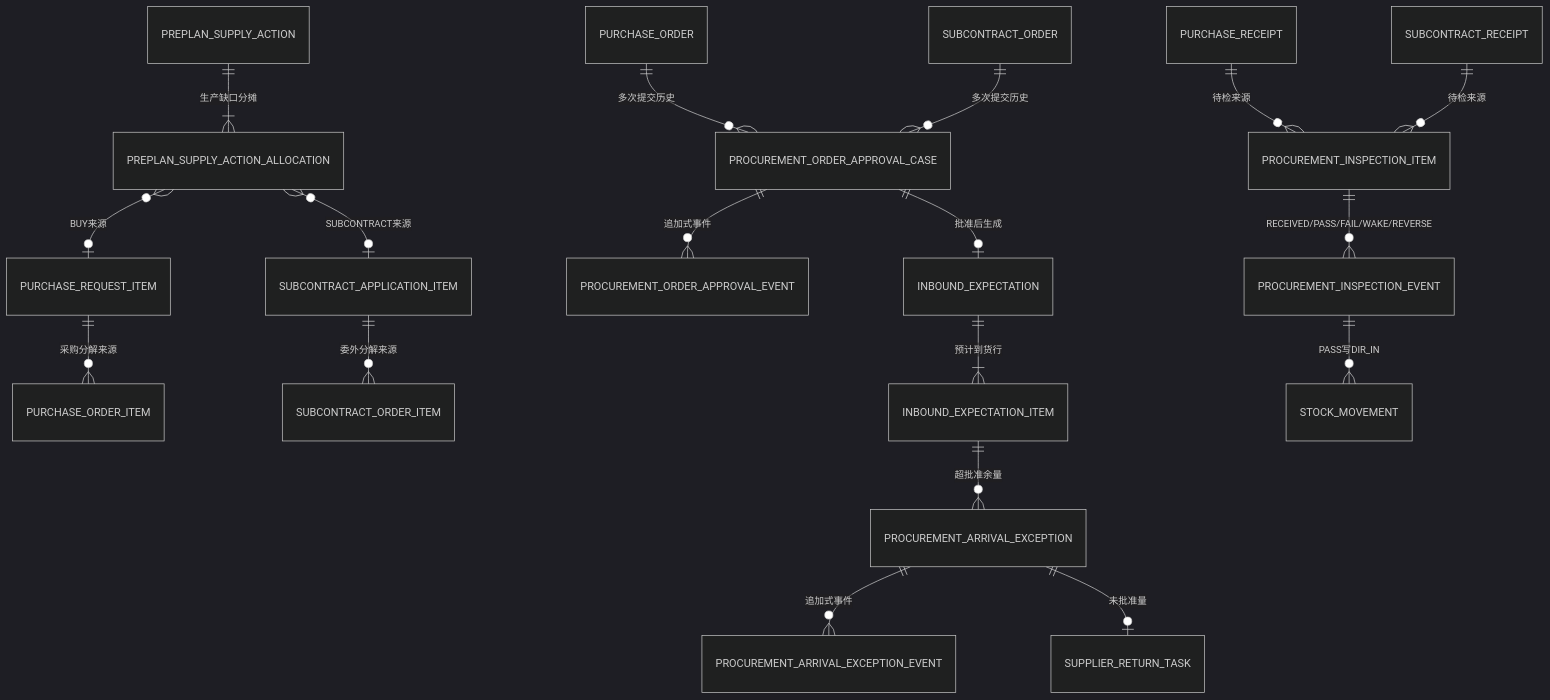
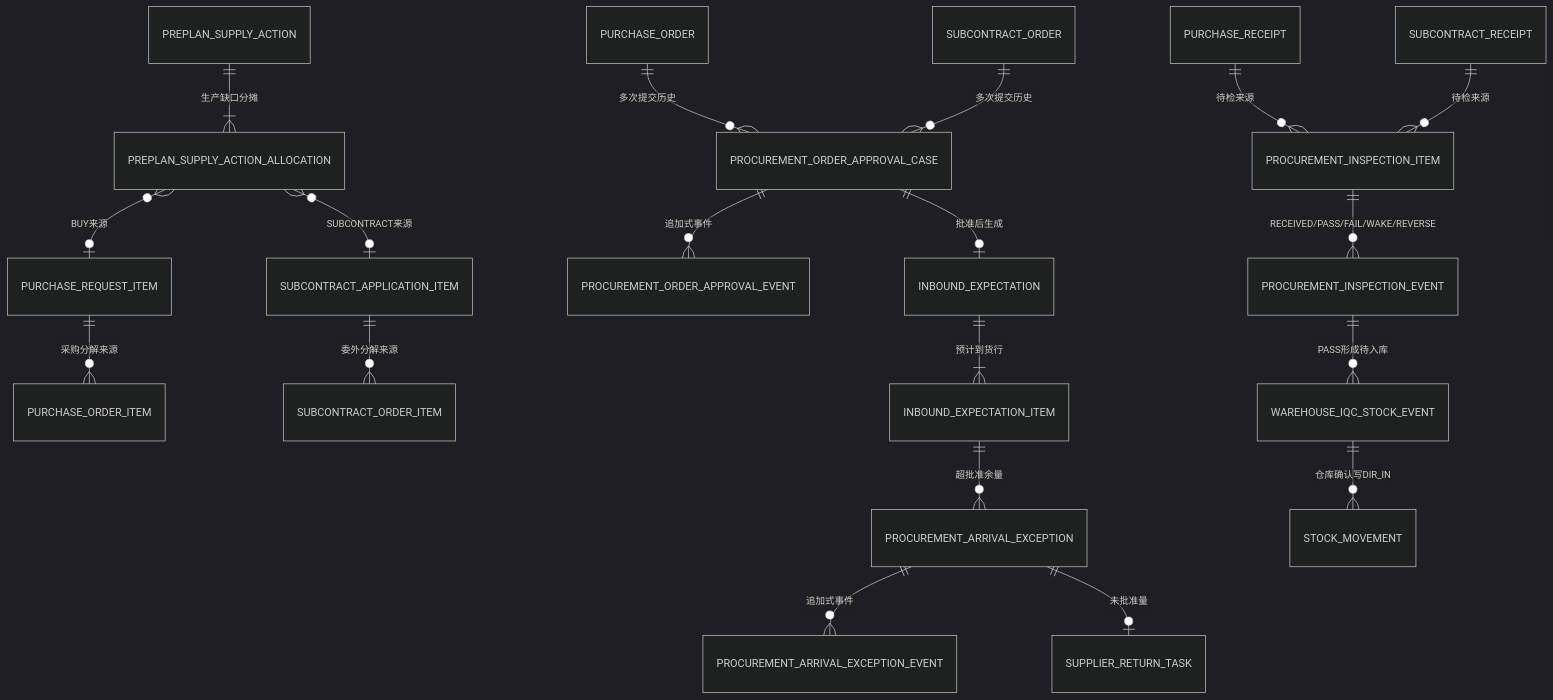
The third of 17 diagrams in docs/04-数据模型/ER草图.md (BruceChu0424/utenelec_imp), drawn with Mermaid (dark theme) before and after one commit. The commit also changed other lines of this file and 747 other files, not shown here.

````diff
--- a/docs/04-数据模型/ER草图.md
+++ b/docs/04-数据模型/ER草图.md
@@ -41,20 +41,21 @@
 ```mermaid
 erDiagram
     PURCHASE_REQUEST_ITEM ||--o{ PURCHASE_ORDER_ITEM : "采购分解来源"
     SUBCONTRACT_APPLICATION_ITEM ||--o{ SUBCONTRACT_ORDER_ITEM : "委外分解来源"
     PREPLAN_SUPPLY_ACTION ||--|{ PREPLAN_SUPPLY_ACTION_ALLOCATION : "生产缺口分摊"
     PREPLAN_SUPPLY_ACTION_ALLOCATION }o--o| PURCHASE_REQUEST_ITEM : "BUY来源"
     PREPLAN_SUPPLY_ACTION_ALLOCATION }o--o| SUBCONTRACT_APPLICATION_ITEM : "SUBCONTRACT来源"
     PURCHASE_ORDER ||--o{ PROCUREMENT_ORDER_APPROVAL_CASE : "多次提交历史"
     SUBCONTRACT_ORDER ||--o{ PROCUREMENT_ORDER_APPROVAL_CASE : "多次提交历史"
     PROCUREMENT_ORDER_APPROVAL_CASE ||--o{ PROCUREMENT_ORDER_APPROVAL_EVENT : "追加式事件"
     PROCUREMENT_ORDER_APPROVAL_CASE ||--o| INBOUND_EXPECTATION : "批准后生成"
     INBOUND_EXPECTATION ||--|{ INBOUND_EXPECTATION_ITEM : "预计到货行"
     INBOUND_EXPECTATION_ITEM ||--o{ PROCUREMENT_ARRIVAL_EXCEPTION : "超批准余量"
     PROCUREMENT_ARRIVAL_EXCEPTION ||--o{ PROCUREMENT_ARRIVAL_EXCEPTION_EVENT : "追加式事件"
     PROCUREMENT_ARRIVAL_EXCEPTION ||--o| SUPPLIER_RETURN_TASK : "未批准量"
     PURCHASE_RECEIPT ||--o{ PROCUREMENT_INSPECTION_ITEM : "待检来源"
     SUBCONTRACT_RECEIPT ||--o{ PROCUREMENT_INSPECTION_ITEM : "待检来源"
     PROCUREMENT_INSPECTION_ITEM ||--o{ PROCUREMENT_INSPECTION_EVENT : "RECEIVED/PASS/FAIL/WAKE/REVERSE"
-    PROCUREMENT_INSPECTION_EVENT ||--o{ STOCK_MOVEMENT : "PASS写DIR_IN"
+    PROCUREMENT_INSPECTION_EVENT ||--o{ WAREHOUSE_IQC_STOCK_EVENT : "PASS形成待入库"
+    WAREHOUSE_IQC_STOCK_EVENT ||--o{ STOCK_MOVEMENT : "仓库确认写DIR_IN"
 ```
````
